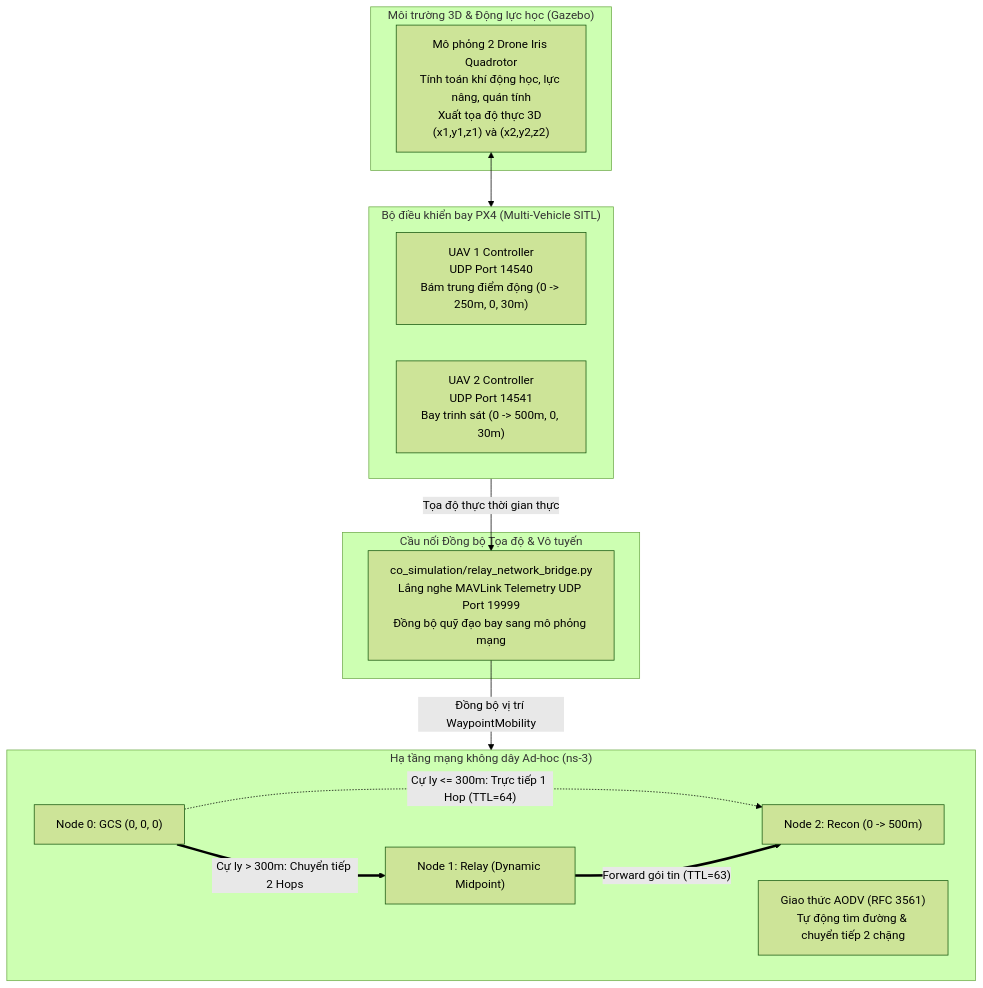
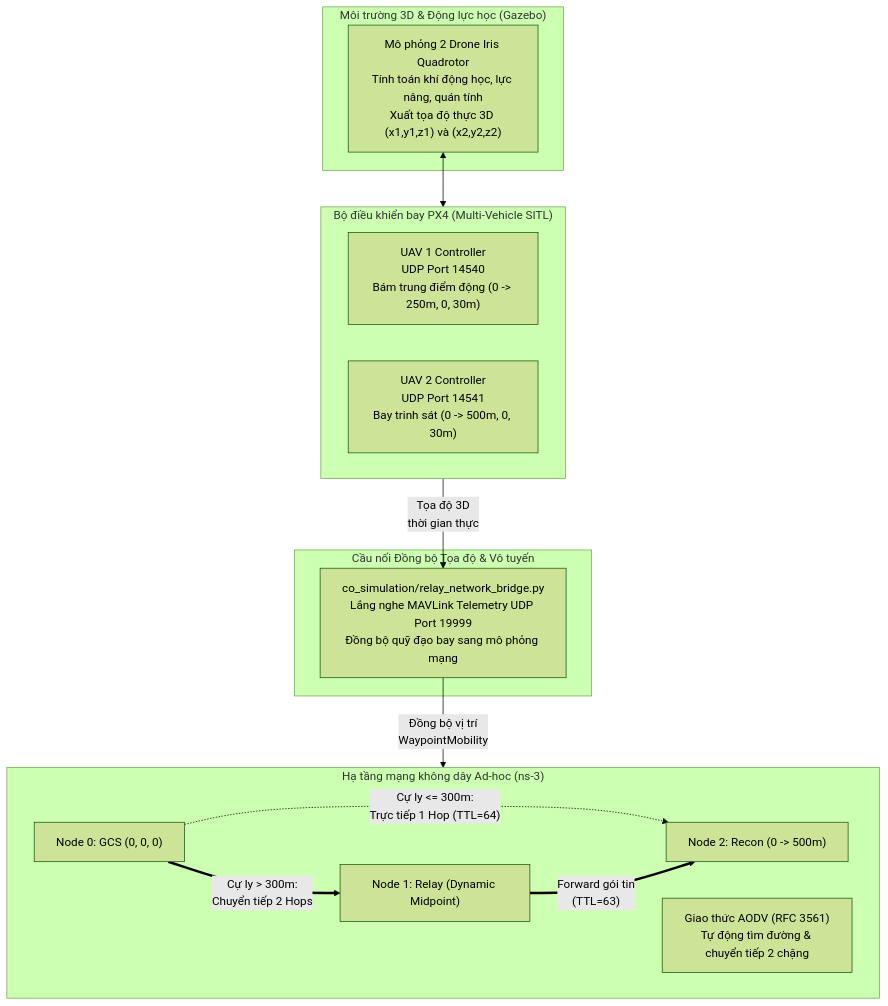
The diagram in README.md (KhoaLe246205/N44_2026_LTM_016_022_028), drawn with Mermaid (forest theme) before and after one commit. The commit also changed other lines of this file, not shown here.

Commit message:
Tinh chinh tham my Mermaid br va can le cay thu muc ngan gon khong cuon ngang

````diff
--- a/README.md
+++ b/README.md
@@ -39,29 +39,29 @@
 ```mermaid
 graph TD
     subgraph Gazebo_Simulator ["Môi trường 3D & Động lực học (Gazebo)"]
         GZ["Mô phỏng 2 Drone Iris Quadrotor<br/>Tính toán khí động học, lực nâng, quán tính<br/>Xuất tọa độ thực 3D (x1,y1,z1) và (x2,y2,z2)"]
     end
 
     subgraph PX4_SITL ["Bộ điều khiển bay PX4 (Multi-Vehicle SITL)"]
         U1["UAV 1 Controller<br/>UDP Port 14540<br/>Bám trung điểm động (0 -> 250m, 0, 30m)"]
         U2["UAV 2 Controller<br/>UDP Port 14541<br/>Bay trinh sát (0 -> 500m, 0, 30m)"]
     end
 
     subgraph CoSim_Bridge ["Cầu nối Đồng bộ Tọa độ & Vô tuyến"]
         BR["co_simulation/relay_network_bridge.py<br/>Lắng nghe MAVLink Telemetry UDP Port 19999<br/>Đồng bộ quỹ đạo bay sang mô phỏng mạng"]
     end
 
     subgraph NS3_Network ["Hạ tầng mạng không dây Ad-hoc (ns-3)"]
         N0["Node 0: GCS (0, 0, 0)"]
         N1["Node 1: Relay (Dynamic Midpoint)"]
         N2["Node 2: Recon (0 -> 500m)"]
         AODV["Giao thức AODV (RFC 3561)<br/>Tự động tìm đường & chuyển tiếp 2 chặng"]
     end
 
     GZ <--> PX4_SITL
-    PX4_SITL -->|"Tọa độ thực thời gian thực"| BR
-    BR -->|"Đồng bộ vị trí WaypointMobility"| NS3_Network
-    N0 -.->|"Cự ly <= 300m: Trực tiếp 1 Hop (TTL=64)"| N2
-    N0 ==>|"Cự ly > 300m: Chuyển tiếp 2 Hops"| N1
-    N1 ==>|"Forward gói tin (TTL=63)"| N2
+    PX4_SITL -->|"Tọa độ 3D<br/>thời gian thực"| BR
+    BR -->|"Đồng bộ vị trí<br/>WaypointMobility"| NS3_Network
+    N0 -.->|"Cự ly <= 300m:<br/>Trực tiếp 1 Hop (TTL=64)"| N2
+    N0 ==>|"Cự ly > 300m:<br/>Chuyển tiếp 2 Hops"| N1
+    N1 ==>|"Forward gói tin<br/>(TTL=63)"| N2
 ```
````
